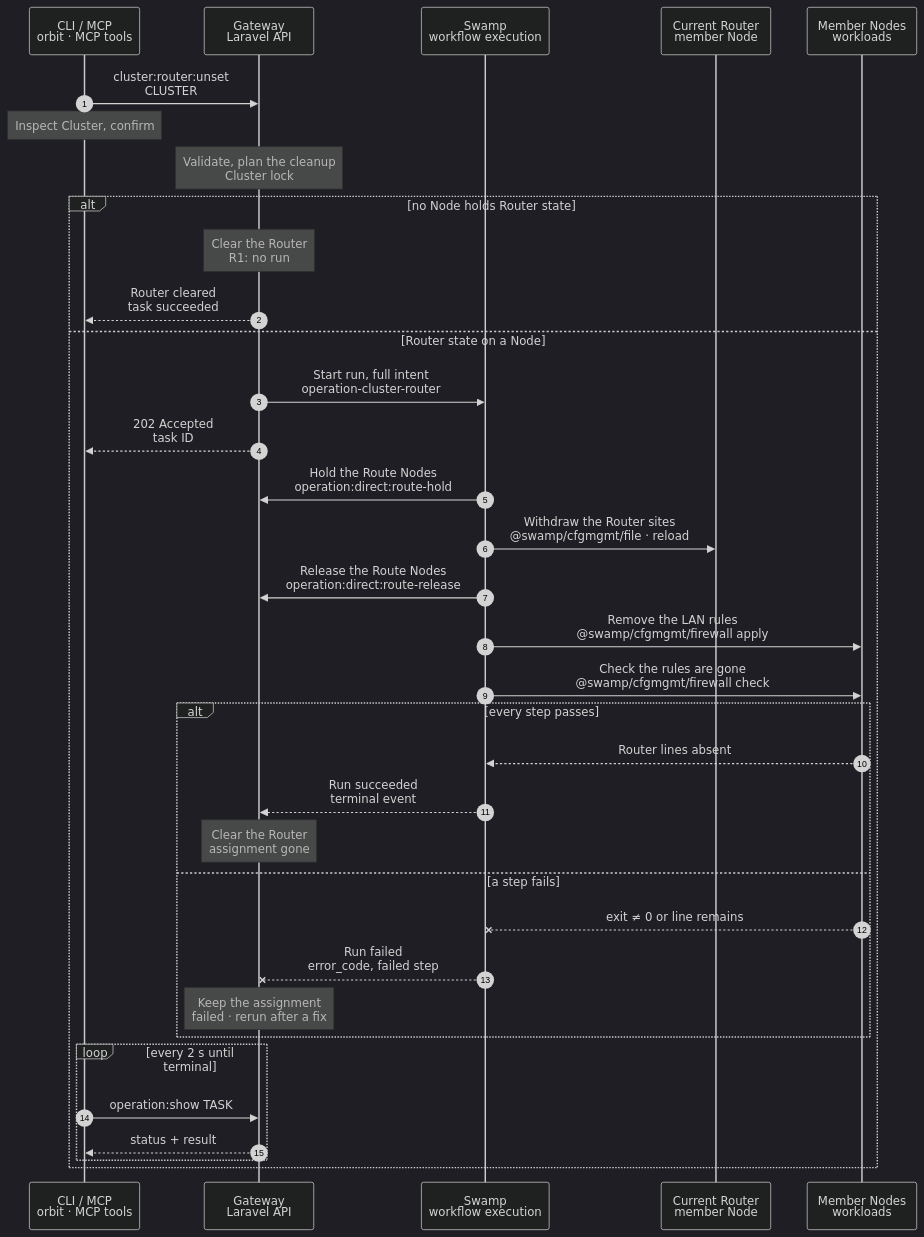
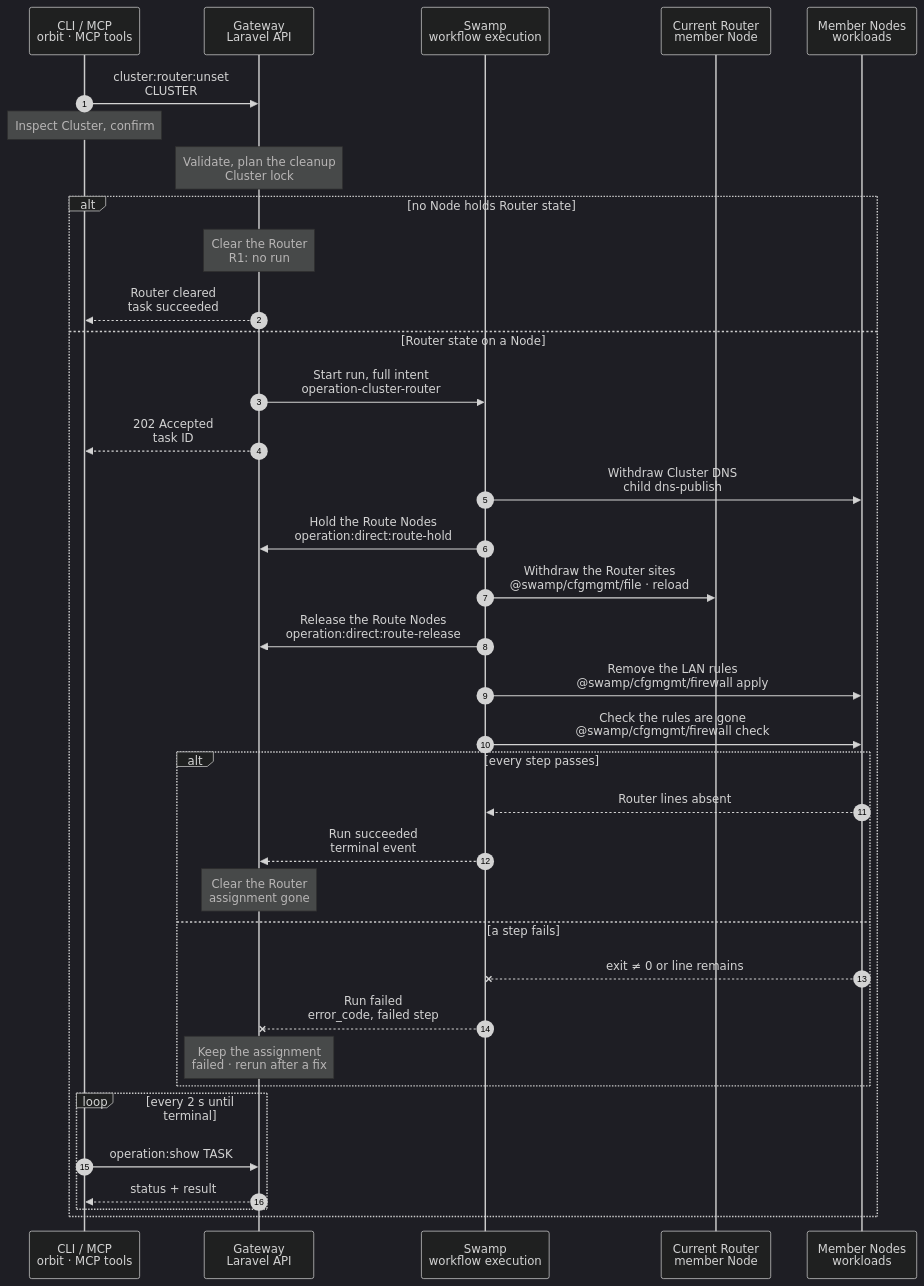
The diagram in docs/cli/cluster/router-unset.mmd (hardimpactdev/orbit), drawn with Mermaid (dark theme) before and after one commit. The commit also changed 13 other files, not shown here.

Commit message:
docs(dns): design Cluster router resolvers before VPN cutover

```diff
--- a/docs/cli/cluster/router-unset.mmd
+++ b/docs/cli/cluster/router-unset.mmd
@@ -1,120 +1,125 @@
 sequenceDiagram
   %% Decided by the orchestrator, for Nick's review (2026-11-06): only the Route-publish step of this run holds the Route-serving Nodes, for its seconds, through the Gateway's `route-hold` call; the rest of the run is not held (docs/reference/routes.md#coordinate-publication).
   %% Target design: ADR 0244 task, DECISIONS R2-R4, same shape as cluster.router_set. docs/reference/native-cluster-router.md, docs/cli/cluster.mdx.
   %% Tightened: flow-tighten 2026-11-02, rules 1, 22 (no empty DNS note step; cfgmgmt file for the sites).
   %% status: draft
   %% command: cluster:router:unset
   %% kind: cluster.router_unset
   autonumber
   %% lane CLI icon=terminal pill=caller tone=gray
   %% lane GW icon=gateway pill=intent tone=blue
   %% lane SW icon=workflow pill=executes tone=green
   %% lane N icon=server pill=target tone=amber
   %% lane M icon=server pill=target tone=purple
   participant CLI as CLI / MCP<br/>orbit · MCP tools
   participant GW as Gateway<br/>Laravel API
   participant SW as Swamp<br/>workflow execution
   participant N as Current Router<br/>member Node
   participant M as Member Nodes<br/>workloads
   CLI->>GW: cluster:router:unset<br/>CLUSTER
   %%> Command:
   %%> - `orbit cluster:router:unset CLUSTER`
   %%> - syntax: `<cluster> [--force] [--json]`
   %%> Confirmation:
   %%> - without `--force`, the CLI asks first; the default is No; without a terminal, or with `--json`, `--force` is required
   Note over CLI: Inspect Cluster, confirm
   %%> What it does:
   %%> - reads the Cluster and asks for confirmation; the default is No
   Note over GW: Validate, plan the cleanup<br/>Cluster lock
   %%> Requirements:
   %%> - the calling Node has an access grant to a member Node of the Cluster
   %%> - the Cluster is inactive or has no TLD (`cluster.active_router_required`)
   %%> - the Cluster owns no Route (`cluster.routes_require_router`, or `route.reconciliation_required` for an active Route)
   %%> - no other Router change runs for the Cluster; the Gateway waits up to 30 seconds, then refuses with `cluster.router_busy`
   %%> Builds:
   %%> - the Router state to remove: Router sites and certificates, and the LAN rules only the Router needed
   %%> Result:
   %%> - the Router's `router` assignment is recorded as retiring
   %%> - a task is recorded with the full intent
   %%> Decides:
-  %%> - whether any Node holds Router state: a Router site, a Router certificate, or a LAN rule only the Router needed
+  %%> - whether any Node holds Router state: a Router site, certificate, Cluster DNS unit, selected LAN member policy, or LAN rule only the Router needed
   alt no Node holds Router state
     Note over GW: Clear the Router<br/>R1: no run
     %%> Result:
     %%> - the `router` assignment is deleted and the task succeeds at once; no Swamp run starts (R1)
     GW-->>CLI: Router cleared<br/>task succeeded
     %%> What you get:
     %%> - the final result at once; there is nothing to follow
   else Router state on a Node
   GW->>SW: Start run, full intent<br/>operation-cluster-router
   %%> What it does:
   %%> - starts one Swamp run
   %%> Inputs:
   %%> - the state to remove, and the addresses and SSH host keys of the Router and the members
   GW-->>CLI: 202 Accepted<br/>task ID
   %%> What you get:
   %%> - the task ID, at once
   %%> Next:
   %%> - the CLI follows the task with `operation:show`
+  SW->>M: Withdraw Cluster DNS<br/>child dns-publish
+  %%> What it does:
+  %%> - checks the VPN projection, restores every selected member to VPN split policy, waits DNS grace, then removes only the owned Cluster resolver
+  %%> On failure:
+  %%> - keeps the assignment, old resolver and required LAN access; no site or firewall cleanup runs until every member confirms
   SW->>GW: Hold the Route Nodes<br/>operation:direct:route-hold
   %%> What it does:
   %%> - asks the Gateway for the hold of each Node that serves the Route's site, for the seconds of this step only, not the whole operation
   %%> - the Gateway reads the Nodes from the admitted intent; the call carries the run ID
   %%> - a Node that another Route write holds is waited for, up to 5 s per call and 2 minutes in all; then the step fails with `route_hold.busy` and the Route step does not run
   %%> - the hold has a 5-minute lease and ends with the Operation, so a lost run cannot keep a Node
   SW->>N: Withdraw the Router sites<br/>@swamp/cfgmgmt/file · reload
   %%> How:
   %%> - over SSH with `@swamp/ssh` and `@swamp/cfgmgmt/file`; `caddy validate`, then a reload
-  %%> No DNS change:
-  %%> - an inactive Cluster, or one without a TLD and Routes, gets no Router answers from private DNS
+  %%> Why after DNS withdrawal:
+  %%> - an inactive Cluster can still have retained member selection from a failed transition; absence of current Routes does not prove cleanup
   %%> What it does:
   %%> - removes the Router sites and their certificates, validates the rest, and reloads Caddy; no restart
   %%> - Caddy and the packages stay, as for every role removal that keeps shared packages
   SW->>GW: Release the Route Nodes<br/>operation:direct:route-release
   %%> What it does:
   %%> - gives the Nodes back as soon as the Route step ends, whatever its result; the Route writes that wait for them then start
   %%> - runs beside the next step, so it adds no time
   SW->>M: Remove the LAN rules<br/>@swamp/cfgmgmt/firewall apply
   %%> What it does:
   %%> - on the Router: removes the 443 and 53 allows for member LAN addresses
   %%> - on each member: removes the allows for the Router's LAN address that no other Route needs
   %%> - never removes WireGuard baseline rules
   SW->>M: Check the rules are gone<br/>@swamp/cfgmgmt/firewall check
   %%> What it does:
   %%> - reads ufw back on every Node and checks the Router lines are absent
   alt every step passes
     M-->>SW: Router lines absent
     %%> Returns:
     %%> - the check passed on every Node
     SW-->>GW: Run succeeded<br/>terminal event
     %%> How the Gateway learns it:
     %%> - its shared run reader sees the terminal event; Swamp never calls the Gateway
     Note over GW: Clear the Router<br/>assignment gone
     %%> Result:
     %%> - the `router` assignment is deleted; the Cluster has no Router
     %%> - the task succeeds
   else a step fails
     M--xSW: exit ≠ 0 or line remains
     %%> When:
     %%> - Caddy refuses the config, SSH fails, or a rule is still present
     SW--xGW: Run failed<br/>error_code, failed step
     %%> The Gateway reads:
     %%> - which step failed and its error code
     Note over GW: Keep the assignment<br/>failed · rerun after a fix
     %%> Result:
     %%> - the `router` assignment stays, marked failed
     %%> - the task fails
     %%> On the Node:
     %%> - steps that finished stay done; there is no rollback, because the Cluster serves no traffic through the Router
     %%> Retry:
     %%> - run the same command again; it skips what is already removed
   end
   loop every 2 s until terminal
     CLI->>GW: operation:show TASK
     %%> What it does:
     %%> - asks for the task's status every 2 seconds until it has ended
     GW-->>CLI: status + result
     %%> Returns:
     %%> - the current status, and the result once the task has ended
   end
   end
```
